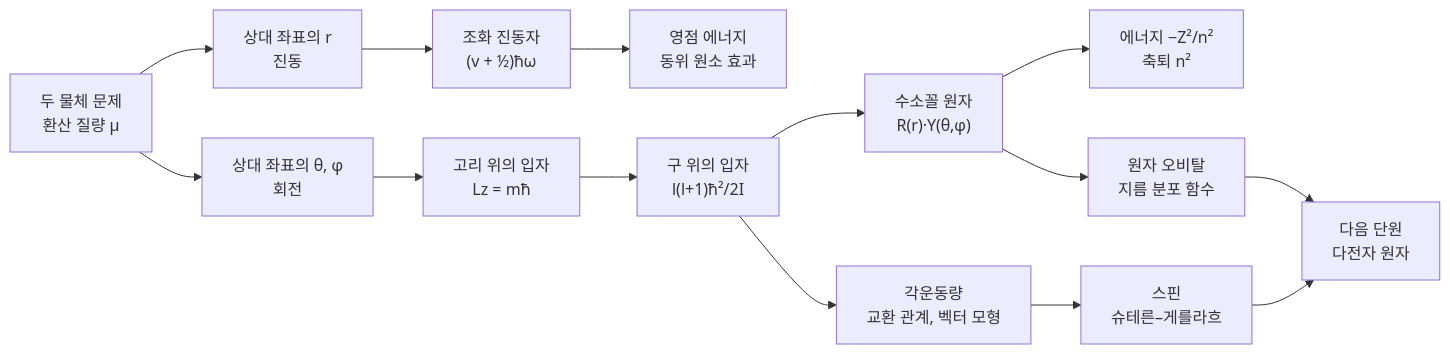
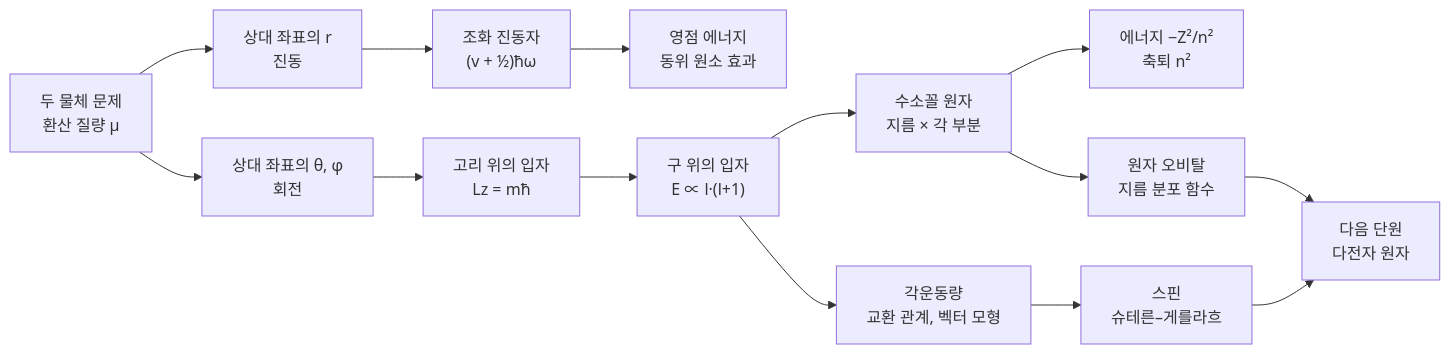
One commit to EricKOR1/sciencebook changed the diagram in 대학_전공과정/물리화학/pchem-8_진동_회전_운동과_수소_원자.md. Above: the diagram before and after it, drawn with Mermaid. The commit also changed other lines of this file and 66 other files, not shown here.

````diff
--- a/대학_전공과정/물리화학/pchem-8_진동_회전_운동과_수소_원자.md
+++ b/대학_전공과정/물리화학/pchem-8_진동_회전_운동과_수소_원자.md
@@ -47,16 +47,16 @@
 ```mermaid
 flowchart LR
     A["두 물체 문제<br/>환산 질량 μ"] --> B["상대 좌표의 r<br/>진동"]
     A --> C["상대 좌표의 θ, φ<br/>회전"]
     B --> D["조화 진동자<br/>(v + ½)ħω"]
     D --> E["영점 에너지<br/>동위 원소 효과"]
     C --> F["고리 위의 입자<br/>Lz = mħ"]
-    F --> G["구 위의 입자<br/>l(l+1)ħ²/2I"]
+    F --> G["구 위의 입자<br/>E ∝ l·(l+1)"]
     G --> H["각운동량<br/>교환 관계, 벡터 모형"]
-    G --> I["수소꼴 원자<br/>R(r)·Y(θ,φ)"]
+    G --> I["수소꼴 원자<br/>지름 × 각 부분"]
     I --> J["에너지 −Z²/n²<br/>축퇴 n²"]
     I --> K["원자 오비탈<br/>지름 분포 함수"]
     H --> L["스핀<br/>슈테른–게를라흐"]
     K --> M["다음 단원<br/>다전자 원자"]
     L --> M
 ```
````
